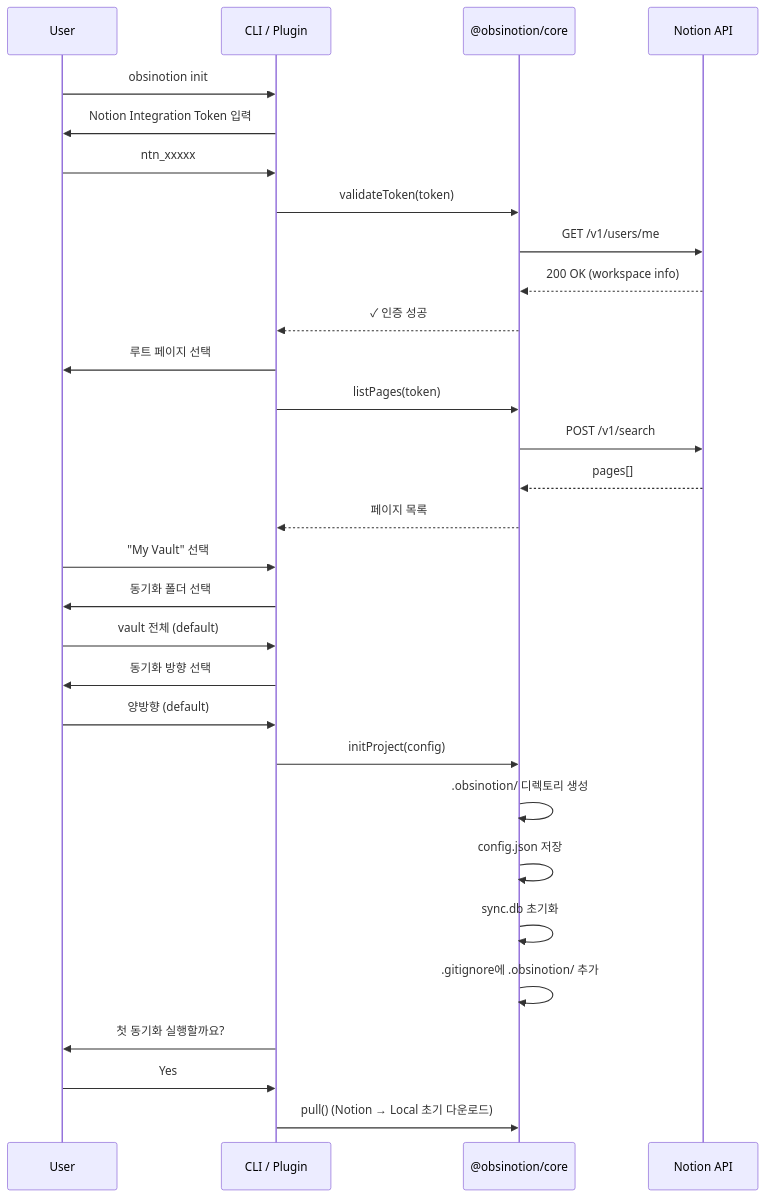
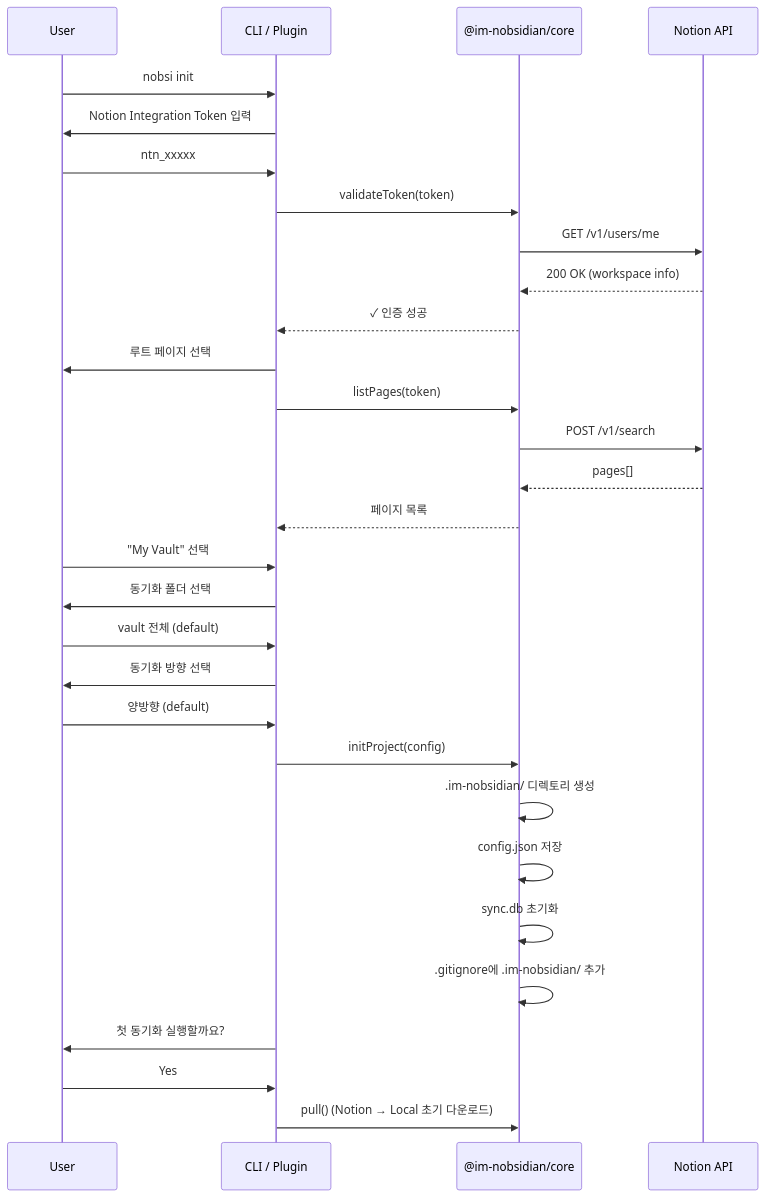
One commit to JaylenAI/Im-Nobsidian changed the fourth of 4 diagrams in docs/02-architecture/SYNC_ENGINE_DESIGN.md. Above: the diagram before and after it, drawn with Mermaid. The commit also changed other lines of this file and 97 other files, not shown here.

````diff
--- a/docs/02-architecture/SYNC_ENGINE_DESIGN.md
+++ b/docs/02-architecture/SYNC_ENGINE_DESIGN.md
@@ -711,39 +711,39 @@
 ```mermaid
 sequenceDiagram
     participant User
     participant CLI as CLI / Plugin
-    participant Core as @obsinotion/core
+    participant Core as @im-nobsidian/core
     participant API as Notion API
 
-    User->>CLI: obsinotion init
+    User->>CLI: nobsi init
     CLI->>User: Notion Integration Token 입력
     User->>CLI: ntn_xxxxx
 
     CLI->>Core: validateToken(token)
     Core->>API: GET /v1/users/me
     API-->>Core: 200 OK (workspace info)
     Core-->>CLI: ✓ 인증 성공
 
     CLI->>User: 루트 페이지 선택
     CLI->>Core: listPages(token)
     Core->>API: POST /v1/search
     API-->>Core: pages[]
     Core-->>CLI: 페이지 목록
     User->>CLI: "My Vault" 선택
 
     CLI->>User: 동기화 폴더 선택
     User->>CLI: vault 전체 (default)
 
     CLI->>User: 동기화 방향 선택
     User->>CLI: 양방향 (default)
 
     CLI->>Core: initProject(config)
-    Core->>Core: .obsinotion/ 디렉토리 생성
+    Core->>Core: .im-nobsidian/ 디렉토리 생성
     Core->>Core: config.json 저장
     Core->>Core: sync.db 초기화
-    Core->>Core: .gitignore에 .obsinotion/ 추가
+    Core->>Core: .gitignore에 .im-nobsidian/ 추가
 
     CLI->>User: 첫 동기화 실행할까요?
     User->>CLI: Yes
     CLI->>Core: pull() (Notion → Local 초기 다운로드)
 ```
````
